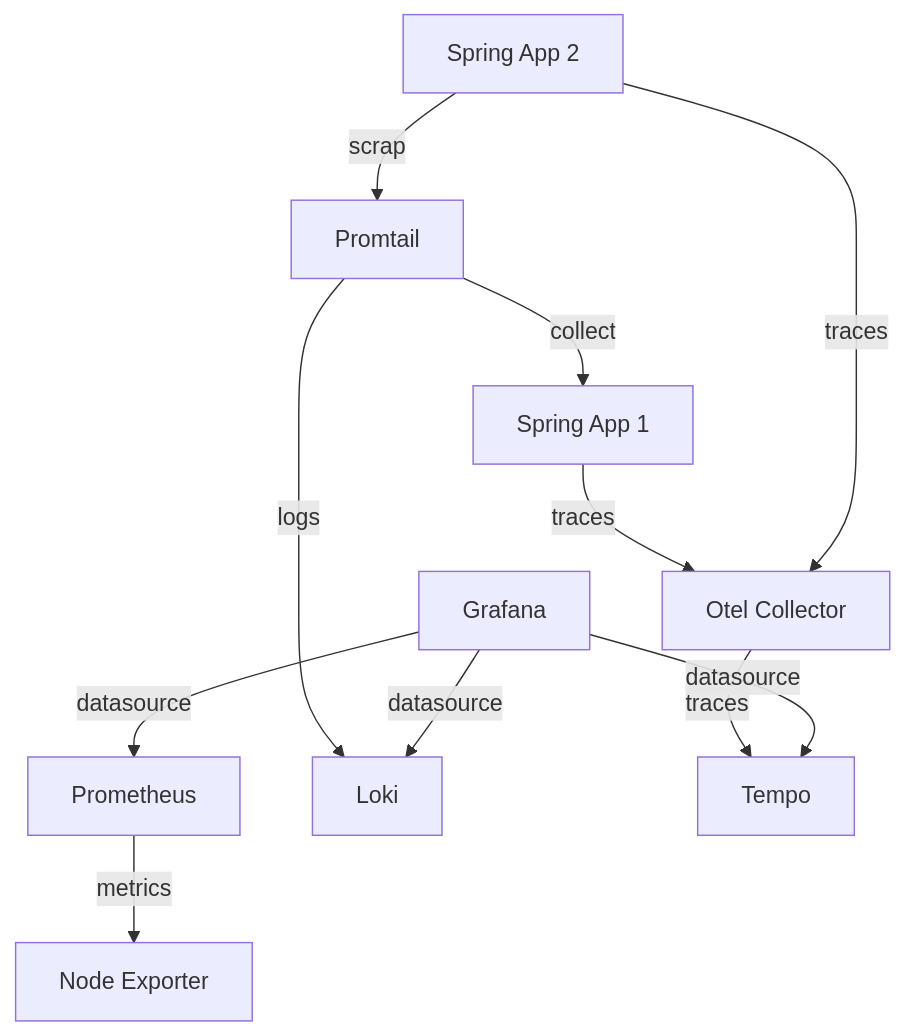
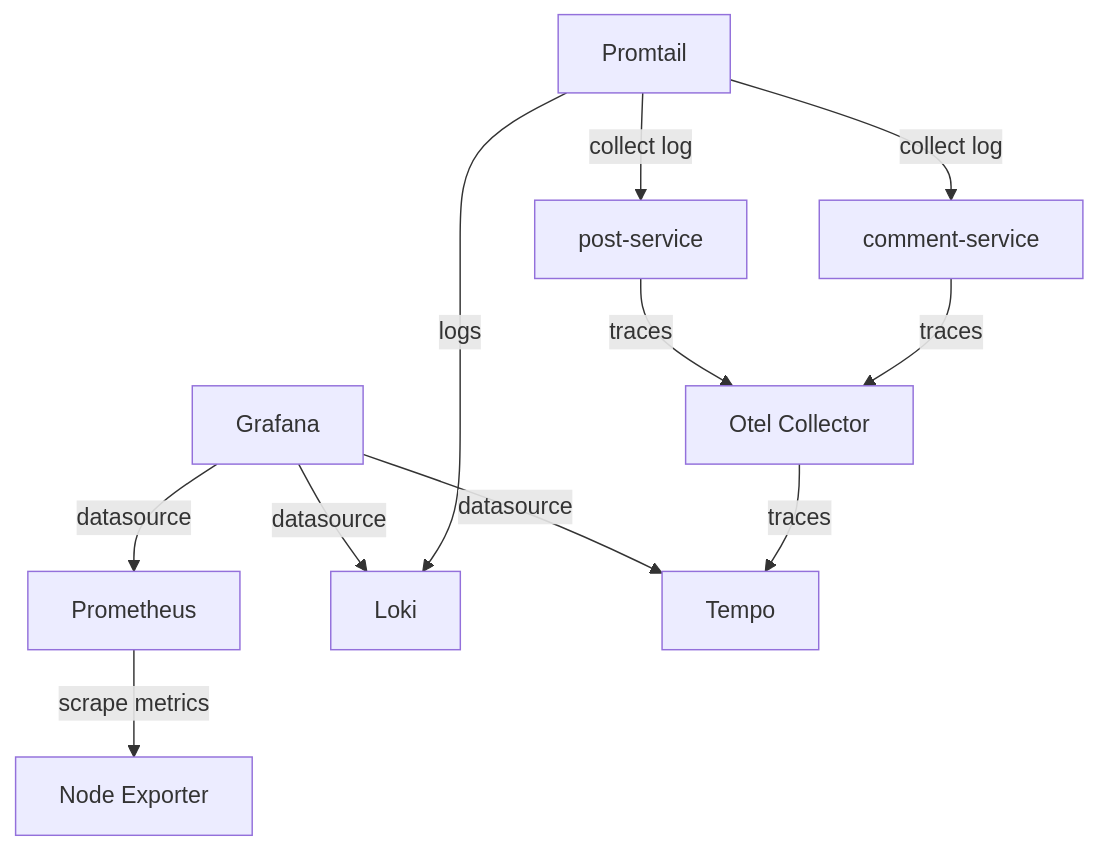
Before and after one commit to apolzek/shared: the diagram in content/002/README.md, drawn with Mermaid. The commit also changed other lines of this file, not shown here.

Commit message:
update mermaid

````diff
--- a/content/002/README.md
+++ b/content/002/README.md
@@ -20,18 +20,18 @@
 ```mermaid
 graph TD
-    B[Prometheus]-->|metrics| A[Node Exporter]
+    B[Prometheus]-->|scrape metrics| A[Node Exporter]
     G[Grafana] -->|datasource| B
 
-    J[Promtail] -->|collect| H[Spring App 1]
-    I[Spring App 2] -->|scrap| J
+    J[Promtail] -->|collect log| H[comment-service]
+    J[Promtail] -->|collect log| V[post-service]
     J -->|logs| C[Loki]
     G -->|datasource| C
 
     H -->|traces| F[Otel Collector]
-    I -->|traces| F
+    V -->|traces| F
     F -->|traces| D[Tempo]
     G -->|datasource| D
 
     %% Layout fixes (optional)
 
 ```
````
